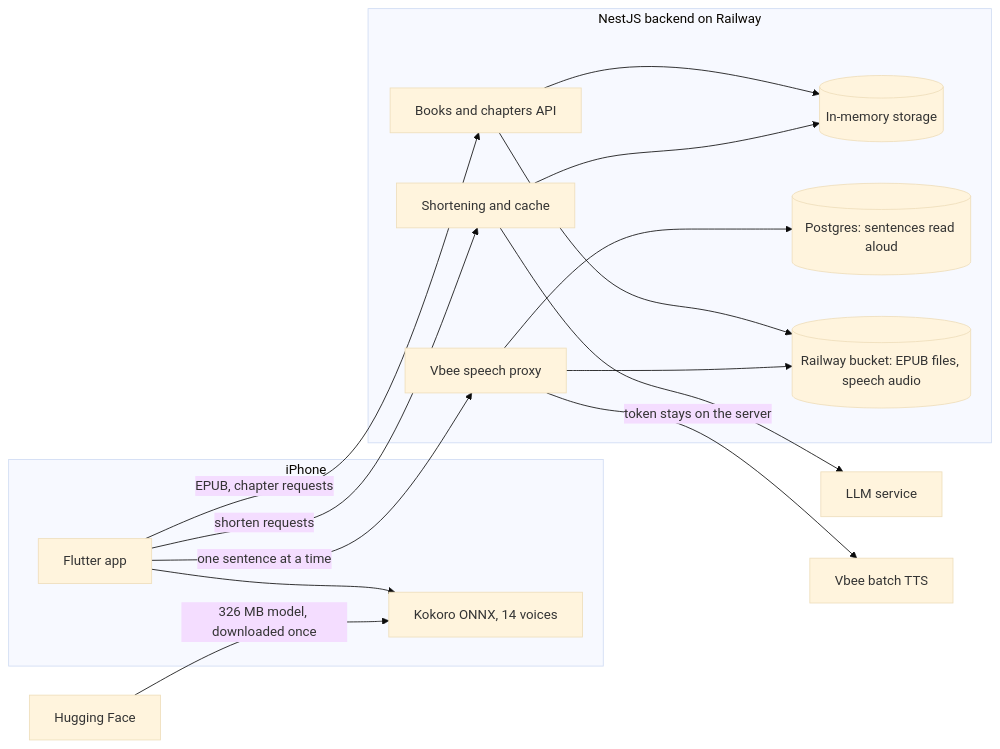
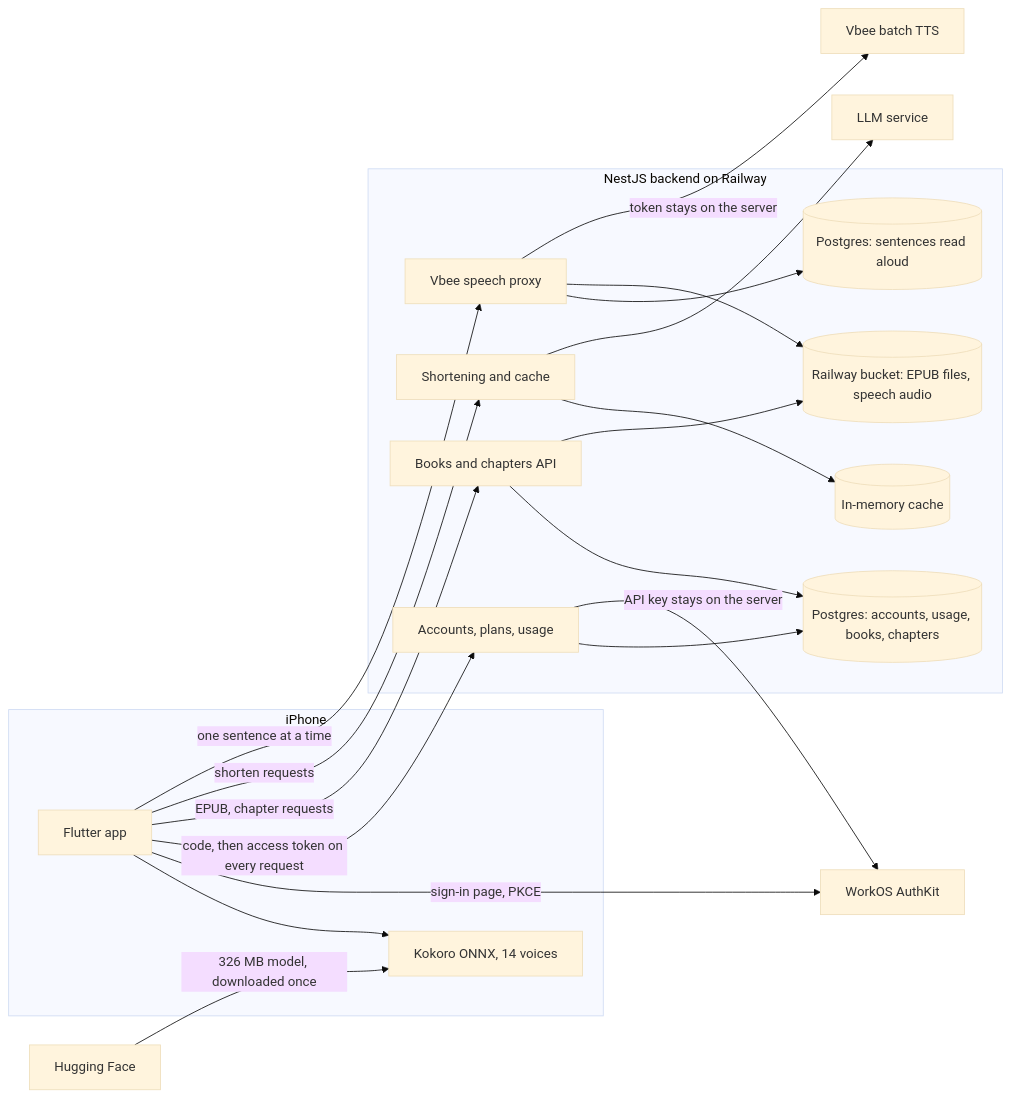
The second of 2 diagrams in README.md (tinwritescode/ereader-ai), drawn with Mermaid (base theme) before and after one commit. The commit also changed other lines of this file and 36 other files, not shown here.

````diff
--- a/README.md
+++ b/README.md
@@ -59,33 +71,40 @@
 ```mermaid
 flowchart LR
     subgraph phone["iPhone"]
         ui["Flutter app"]
         tts["Kokoro ONNX, 14 voices"]
         ui --> tts
     end
 
     subgraph server["NestJS backend on Railway"]
         api["Books and chapters API"]
         digest["Shortening and cache"]
         speech["Vbee speech proxy"]
-        memory[("In-memory storage")]
-        api --> memory
+        accounts["Accounts, plans, usage"]
+        memory[("In-memory cache")]
+        db[("Postgres: accounts, usage, books, chapters")]
         digest --> memory
+        api --> db
+        accounts --> db
         clips[("Postgres: sentences read aloud")]
         bucket[("Railway bucket: EPUB files, speech audio")]
         api --> bucket
         speech --> clips
         speech --> bucket
     end
 
     llm["LLM service"]
     hf["Hugging Face"]
     vbee["Vbee batch TTS"]
+    workos["WorkOS AuthKit"]
 
+    ui -- "sign-in page, PKCE" --> workos
+    ui -- "code, then access token on every request" --> accounts
+    accounts -- "API key stays on the server" --> workos
     ui -- "EPUB, chapter requests" --> api
     ui -- "shorten requests" --> digest
     digest --> llm
     hf -- "326 MB model, downloaded once" --> tts
     ui -- "one sentence at a time" --> speech
     speech -- "token stays on the server" --> vbee
 ```
````
